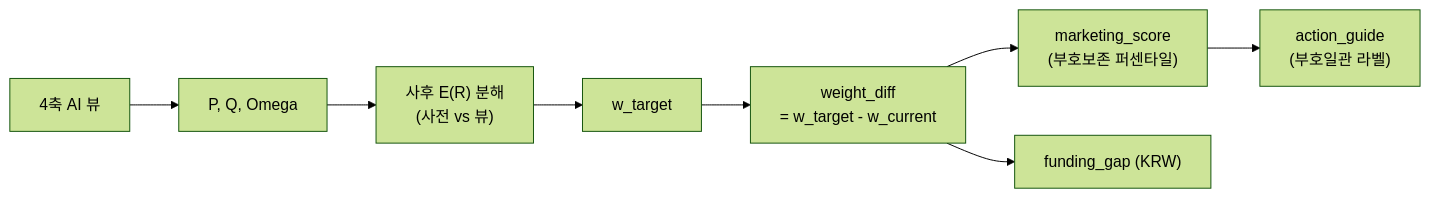
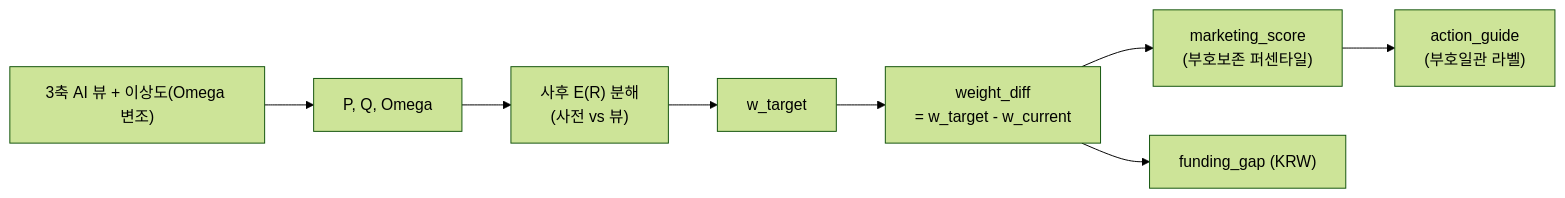
The second of 2 diagrams in docs/concept/04-ai-augmentation-and-explainability.md (blunderblus/black_litterman_project), drawn with Mermaid (forest theme) before and after one commit. The commit also changed other lines of this file and 26 other files, not shown here.

````diff
--- a/docs/concept/04-ai-augmentation-and-explainability.md
+++ b/docs/concept/04-ai-augmentation-and-explainability.md
@@ -130,10 +131,10 @@
 ```mermaid
 flowchart LR
-  A["4축 AI 뷰"] --> B["P, Q, Omega"]
+  A["3축 AI 뷰 + 이상도(Omega 변조)"] --> B["P, Q, Omega"]
   B --> C["사후 E(R) 분해<br/>(사전 vs 뷰)"]
   C --> D["w_target"]
   D --> E["weight_diff<br/>= w_target - w_current"]
   E --> F["marketing_score<br/>(부호보존 퍼센타일)"]
   F --> G["action_guide<br/>(부호일관 라벨)"]
   E --> H["funding_gap (KRW)"]
 ```
````
